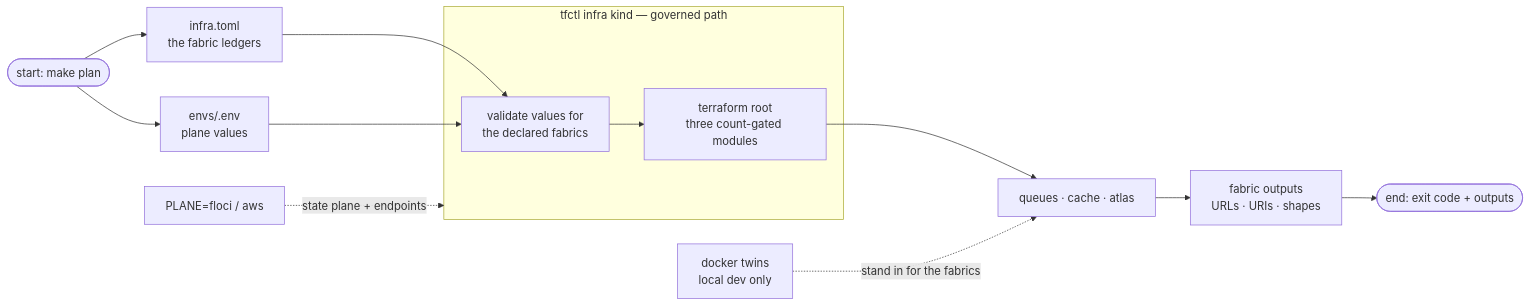
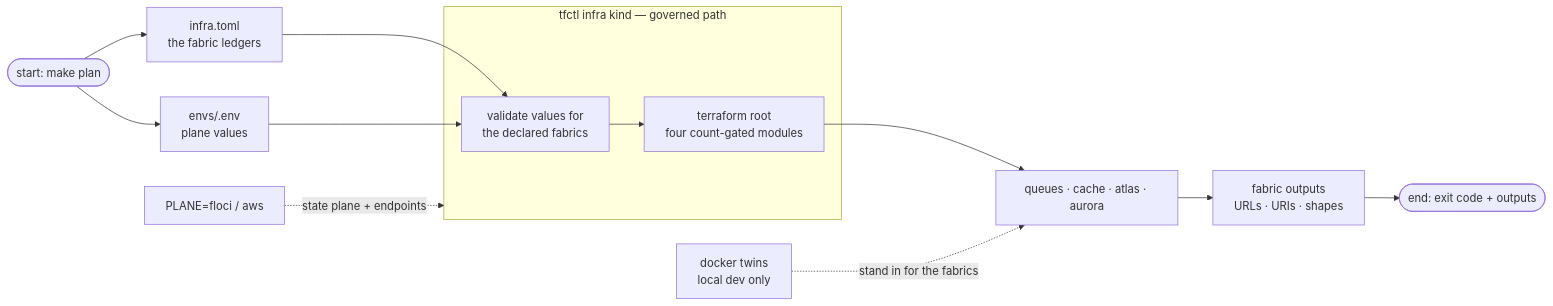
Before and after one commit to kunalPisolkar24/detectAI: the diagram in infra/docs/README.md, drawn with Mermaid. The commit also changed other lines of this file and 23 other files, not shown here.

````diff
--- a/infra/docs/README.md
+++ b/infra/docs/README.md
@@ -47,18 +47,18 @@
 ```mermaid
 graph LR
     START(["start: make plan"]) --> DECL["infra.toml<br/>the fabric ledgers"]
     START --> VALS["envs/.env<br/>plane values"]
 
     subgraph DRIVE["tfctl infra kind — governed path"]
-        CHECK["validate values for<br/>the declared fabrics"] --> ROOT["terraform root<br/>three count-gated modules"]
+        CHECK["validate values for<br/>the declared fabrics"] --> ROOT["terraform root<br/>four count-gated modules"]
     end
 
     DECL --> CHECK
     VALS --> CHECK
-    ROOT --> FAB["queues · cache · atlas"]
+    ROOT --> FAB["queues · cache · atlas · aurora"]
     FAB --> OUT["fabric outputs<br/>URLs · URIs · shapes"]
     OUT --> END(["end: exit code + outputs"])
 
     PLANE["PLANE=floci / aws"] -.->|"state plane + endpoints"| DRIVE
     TWINS["docker twins<br/>local dev only"] -.->|"stand in for the fabrics"| FAB
 ```
````
